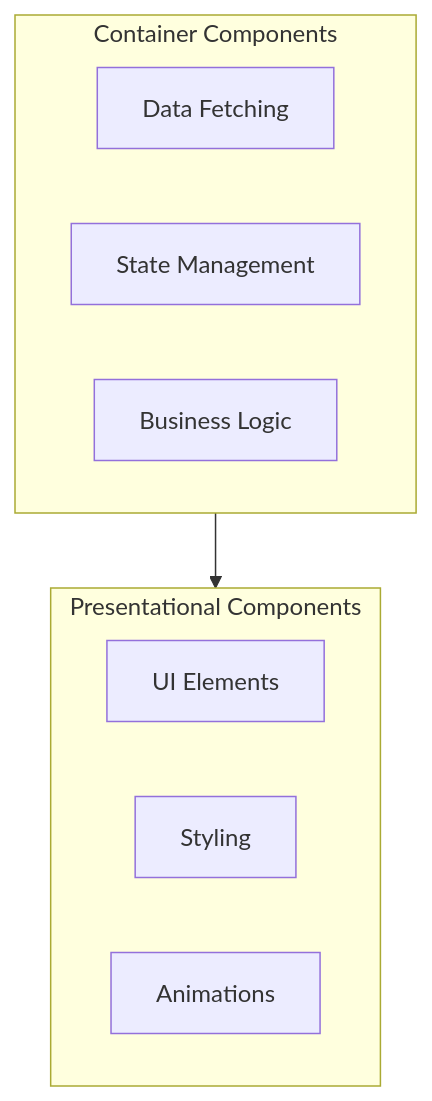
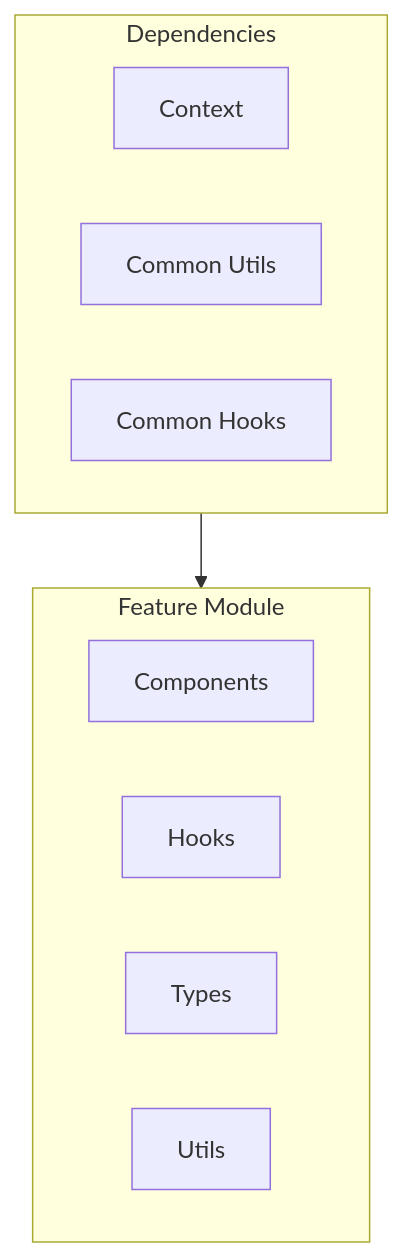
Before and after one commit to IkigaiLabsETH/ikigailabs.xyz: the fifth of 8 diagrams in REFACTOR.md, drawn with Mermaid. The commit also changed other lines of this file and 53 other files, not shown here.

````diff
--- a/REFACTOR.md
+++ b/REFACTOR.md
@@ -174,16 +108,17 @@
 ```mermaid
 graph TD
-    subgraph Smart[Container Components]
-        A1[Data Fetching]
-        A2[State Management]
-        A3[Business Logic]
+    subgraph Feature[Feature Module]
+        C[Components]
+        H[Hooks]
+        T[Types]
+        U[Utils]
     end
 
-    subgraph UI[Presentational Components]
-        B1[UI Elements]
-        B2[Styling]
-        B3[Animations]
+    subgraph Dependencies
+        Context[Context]
+        CommonUtils[Common Utils]
+        CommonHooks[Common Hooks]
     end
 
-    Smart --> UI
+    Dependencies --> Feature
 ```
````
